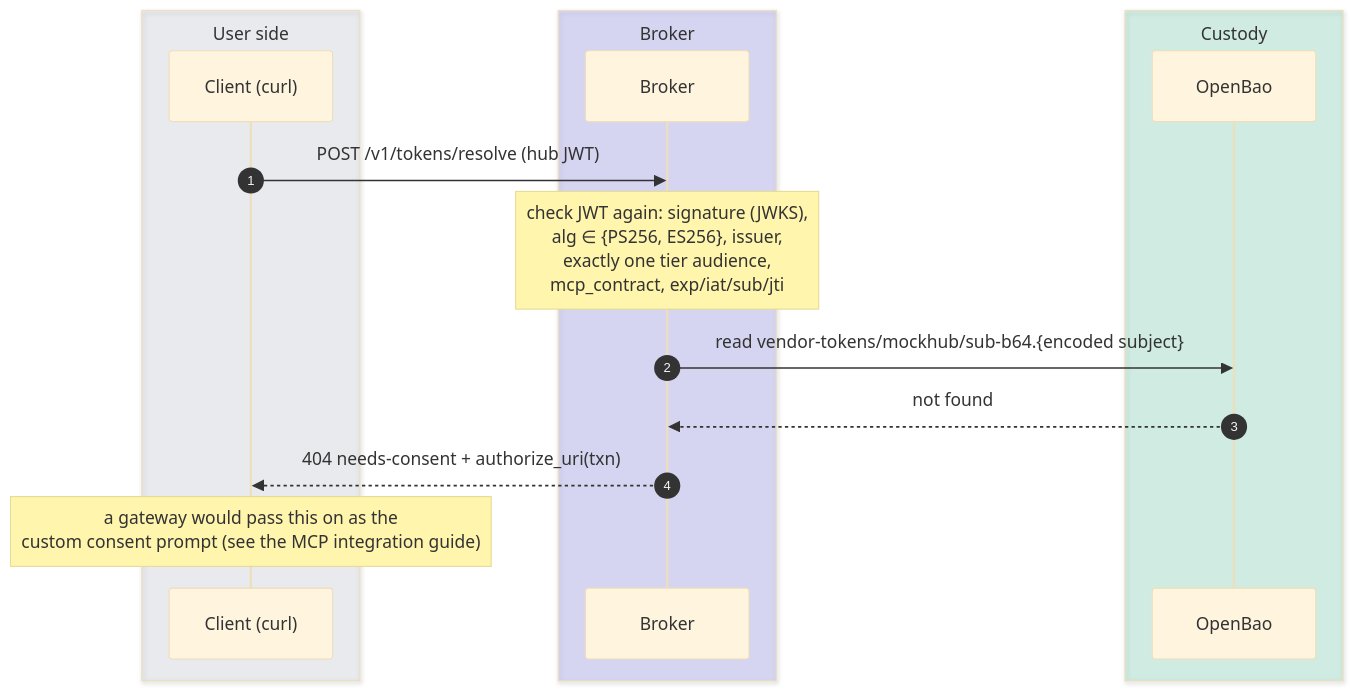
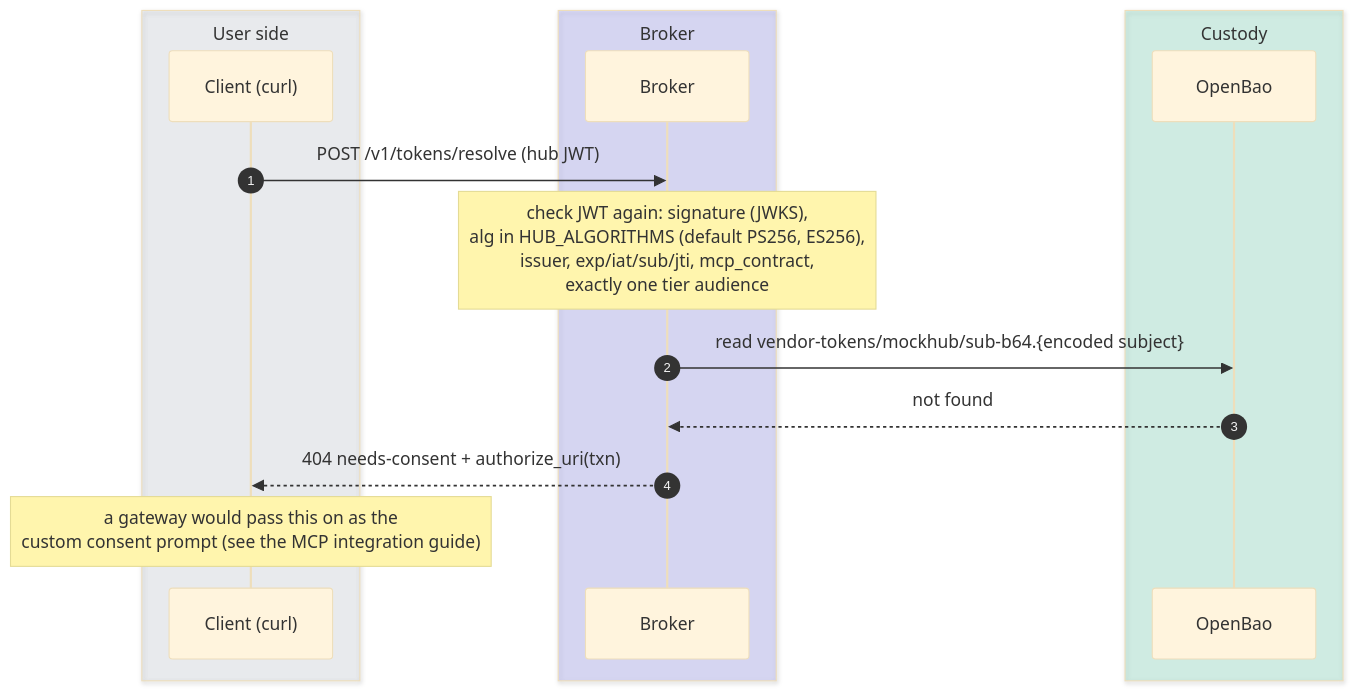
The second of 7 diagrams in docs/smoke-tests.md (chief-builder/vendor-token-broker), drawn with Mermaid (base theme) before and after one commit. The commit also changed other lines of this file and 26 other files, not shown here.

````diff
--- a/docs/smoke-tests.md
+++ b/docs/smoke-tests.md
@@ -129,19 +129,19 @@
 ```mermaid
 sequenceDiagram
     autonumber
     box rgba(148,163,184,0.14) User side
         participant C as Client (curl)
     end
     box rgba(99,102,241,0.20) Broker
         participant B as Broker
     end
     box rgba(16,185,129,0.16) Custody
         participant V as OpenBao
     end
     C->>B: POST /v1/tokens/resolve (hub JWT)
-    Note over B: check JWT again: signature (JWKS),<br/>alg ∈ {PS256, ES256}, issuer,<br/>exactly one tier audience,<br/>mcp_contract, exp/iat/sub/jti
+    Note over B: check JWT again: signature (JWKS),<br/>alg in HUB_ALGORITHMS (default PS256, ES256),<br/>issuer, exp/iat/sub/jti, mcp_contract,<br/>exactly one tier audience
     B->>V: read vendor-tokens/mockhub/sub-b64.{encoded subject}
     V-->>B: not found
     B-->>C: 404 needs-consent + authorize_uri(txn)
     Note over C: a gateway would pass this on as the<br/>custom consent prompt (see the MCP integration guide)
 ```
````
